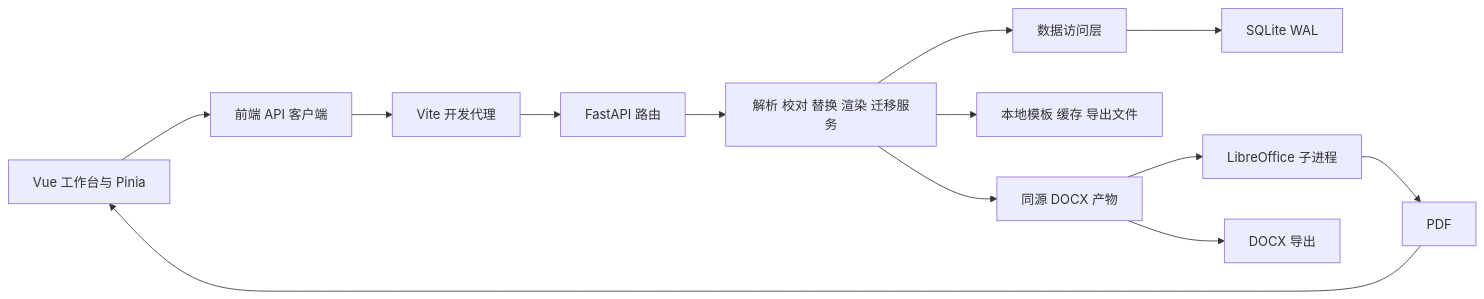
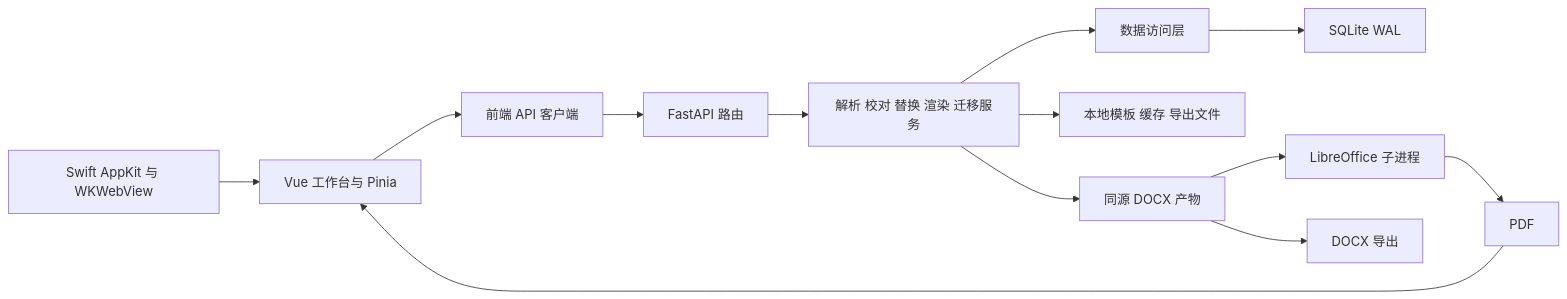
One commit to syh035/modular-doc-generator changed the diagram in docs/architecture/OVERVIEW.md. Above: the diagram before and after it, drawn with Mermaid. The commit also changed other lines of this file and 8 other files, not shown here.

Commit message:
docs: remove obsolete process records and refresh current architecture

````diff
--- a/docs/architecture/OVERVIEW.md
+++ b/docs/architecture/OVERVIEW.md
@@ -7,15 +7,15 @@
 ```mermaid
 flowchart LR
-    UI[Vue 工作台与 Pinia] --> Client[前端 API 客户端]
-    Client --> Vite[Vite 开发代理]
-    Vite --> API[FastAPI 路由]
+    App[Swift AppKit 与 WKWebView] --> UI[Vue 工作台与 Pinia]
+    UI --> Client[前端 API 客户端]
+    Client --> API[FastAPI 路由]
     API --> Services[解析 校对 替换 渲染 迁移服务]
     Services --> Repositories[数据访问层]
     Repositories --> SQLite[SQLite WAL]
     Services --> Files[本地模板 缓存 导出文件]
     Services --> DOCX[同源 DOCX 产物]
     DOCX --> LO[LibreOffice 子进程]
     LO --> PDF[PDF]
     PDF --> UI
     DOCX --> Download[DOCX 导出]
 ```
````
